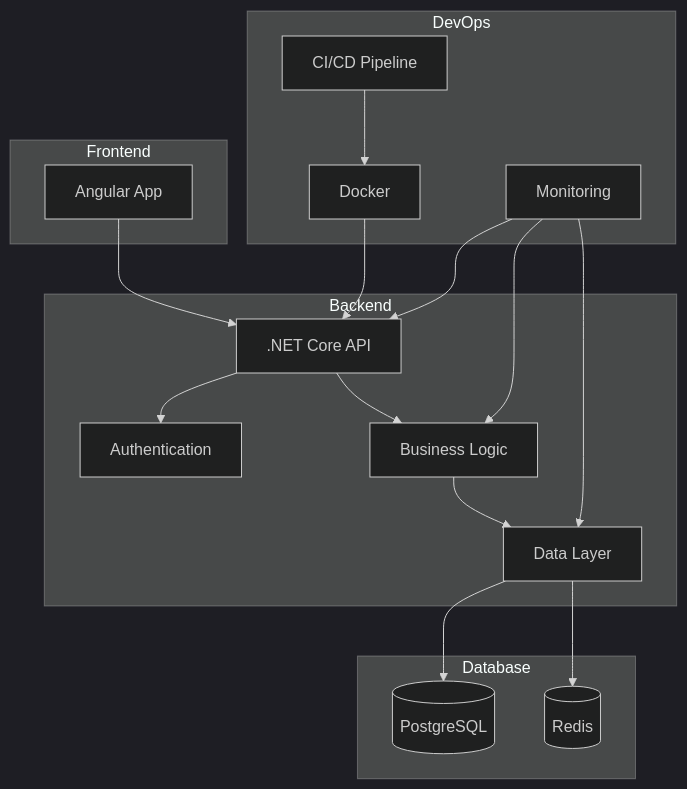
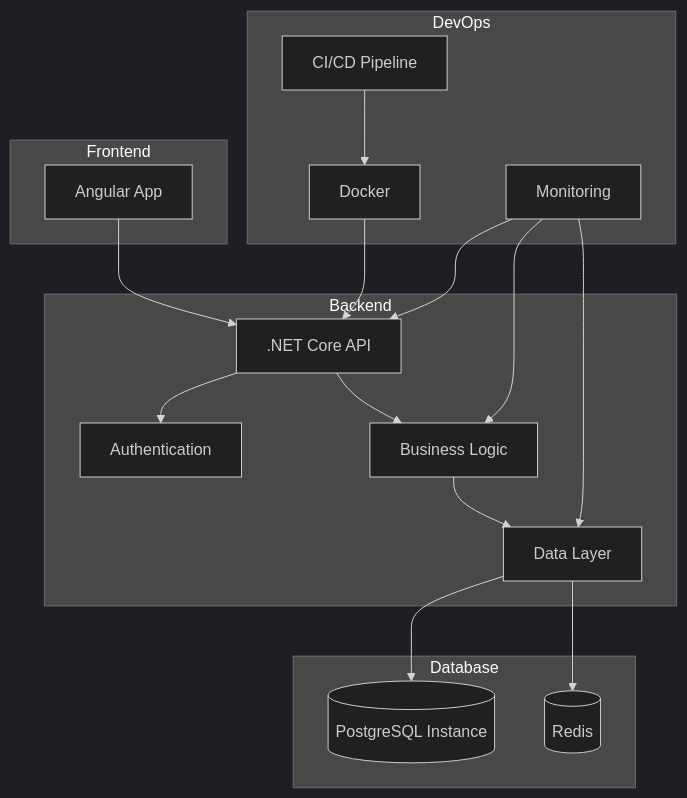
Before and after one commit to nayanvithanage/code_20-architecture-practice: the second of 3 diagrams in simple-architecture-diagram.md, drawn with Mermaid (dark theme). The commit also changed other lines of this file and 3 other files, not shown here.

Commit message:
refactor: update PostgreSQL terminology to enhance clarity across architecture documentation

````diff
--- a/simple-architecture-diagram.md
+++ b/simple-architecture-diagram.md
@@ -26,38 +26,38 @@
 ```mermaid
 graph TB
     subgraph "Frontend"
         FE[Angular App]
     end
     
     subgraph "Backend"
         API[.NET Core API]
         AUTH[Authentication]
         BIZ[Business Logic]
         DATA[Data Layer]
     end
     
     subgraph "Database"
-        PG[(PostgreSQL)]
+        PG[(PostgreSQL Instance)]
         REDIS[(Redis)]
     end
     
     subgraph "DevOps"
         CI[CI/CD Pipeline]
         DOCKER[Docker]
         MONITOR[Monitoring]
     end
     
     FE --> API
     API --> AUTH
     API --> BIZ
     BIZ --> DATA
     DATA --> PG
     DATA --> REDIS
     
     CI --> DOCKER
     DOCKER --> API
     
     MONITOR --> API
     MONITOR --> BIZ
     MONITOR --> DATA
 ```
````
